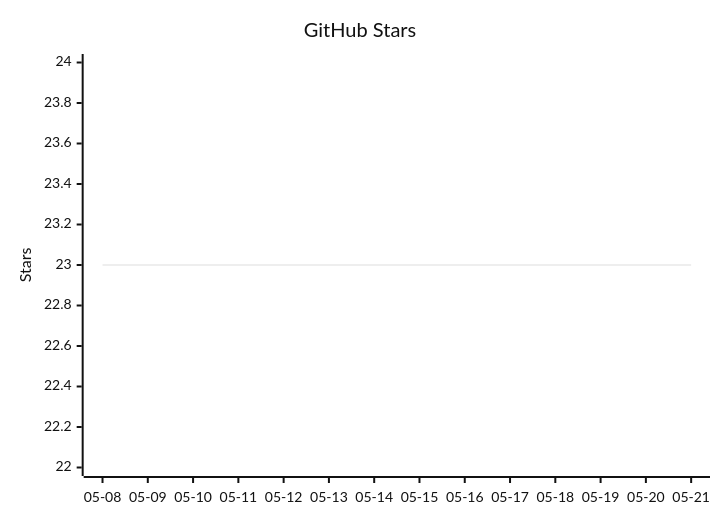
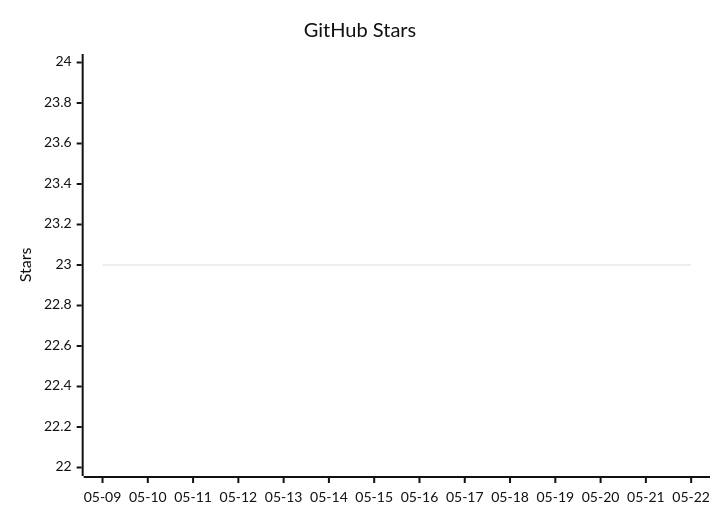
One commit to vectie/moonclaw changed the diagram in README.mbt.md. Above: the diagram before and after it, drawn with Mermaid (neutral theme). The commit also changed other lines of this file and 1 other file, not shown here.

Commit message:
Update README star growth

````diff
--- a/README.mbt.md
+++ b/README.mbt.md
@@ -489,7 +489,7 @@
 ```mermaid
 xychart-beta
     title "GitHub Stars"
-    x-axis ["05-08","05-09","05-10","05-11","05-12","05-13","05-14","05-15","05-16","05-17","05-18","05-19","05-20","05-21"]
+    x-axis ["05-09","05-10","05-11","05-12","05-13","05-14","05-15","05-16","05-17","05-18","05-19","05-20","05-21","05-22"]
     y-axis "Stars" 22 --> 24
     line [23,23,23,23,23,23,23,23,23,23,23,23,23,23]
 ```
````
